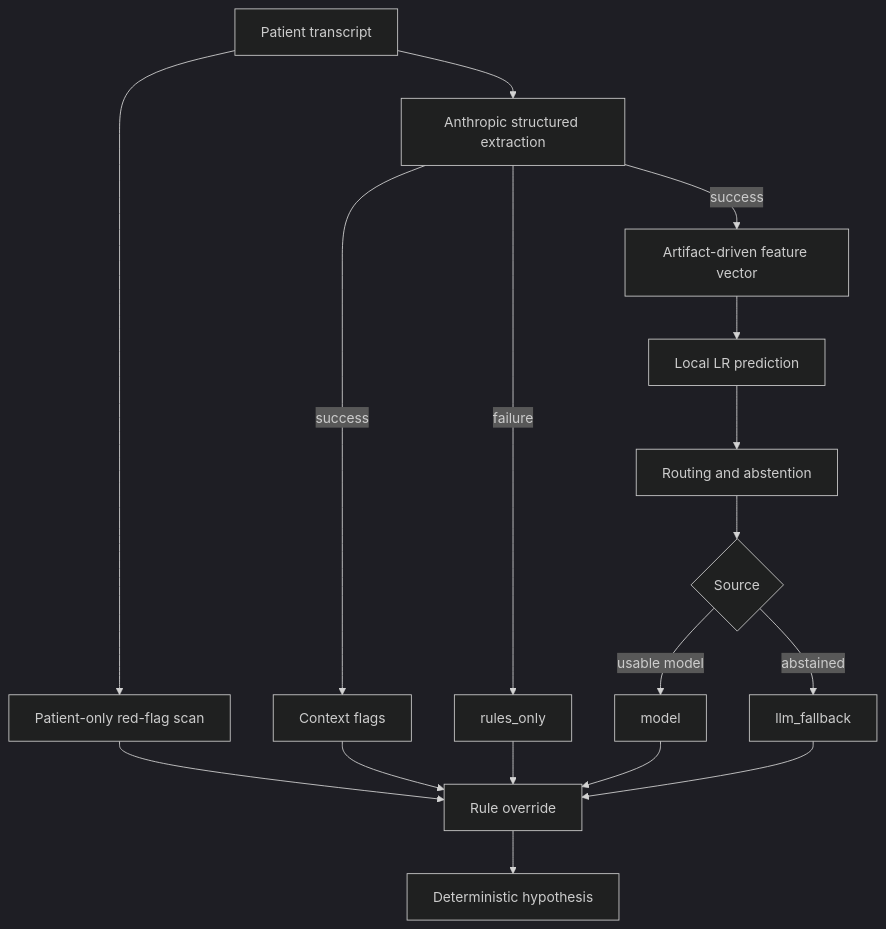
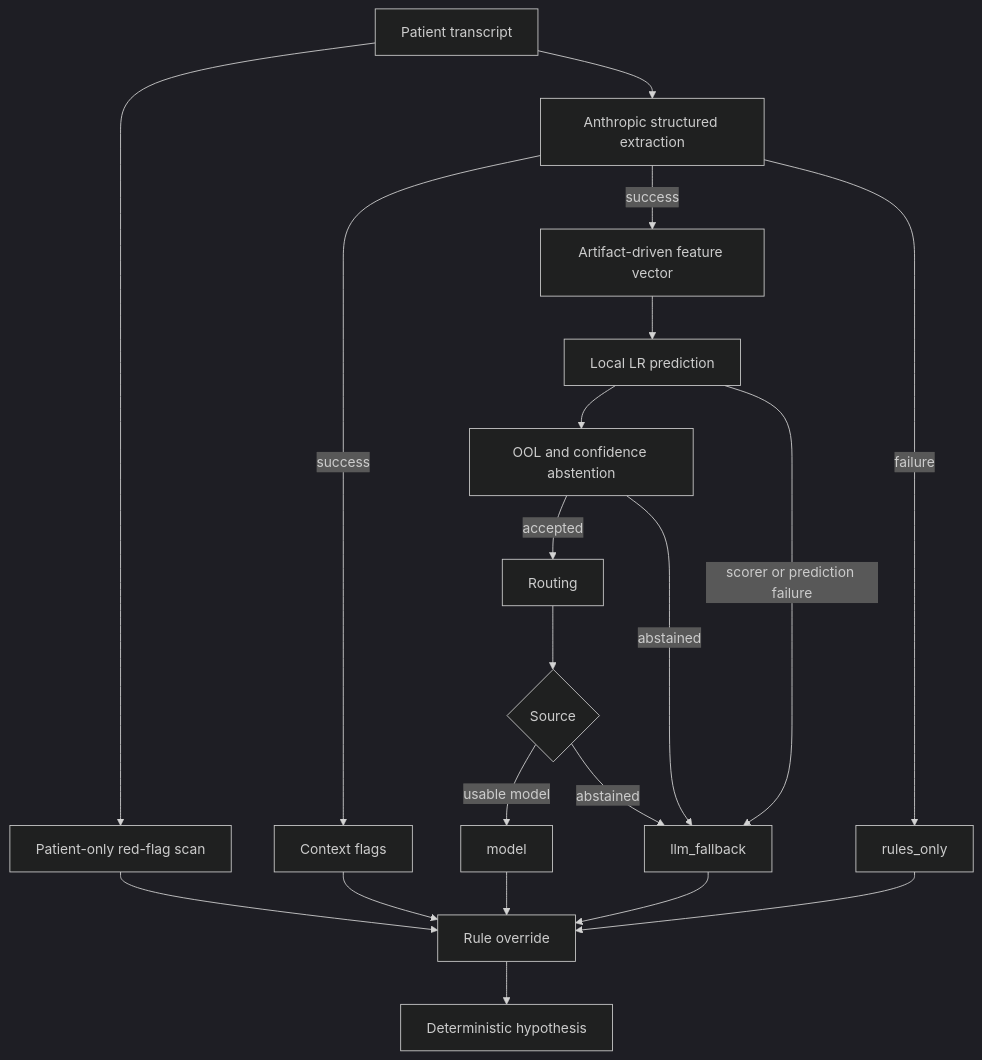
Before and after one commit to BAITC-Hacks/hack-eb79fd40-specimen-ai: the third of 3 diagrams in docs/architecture.md, drawn with Mermaid (dark theme). The commit also changed other lines of this file and 3 other files, not shown here.

````diff
--- a/docs/architecture.md
+++ b/docs/architecture.md
@@ -99,19 +99,22 @@
 ```mermaid
 flowchart TD
   X[Patient transcript] --> R[Patient-only red-flag scan]
   X --> E[Anthropic structured extraction]
   E -->|success| C[Context flags]
   E -->|success| V[Artifact-driven feature vector]
   V --> L[Local LR prediction]
-  L --> Q[Routing and abstention]
+  L --> A[OOL and confidence abstention]
+  A -->|accepted| Q[Routing]
+  A -->|abstained| SF[llm_fallback]
+  L -->|scorer or prediction failure| SF
   E -->|failure| O[rules_only]
   Q --> S{Source}
   S -->|usable model| SM[model]
   S -->|abstained| SF[llm_fallback]
   R --> U[Rule override]
   C --> U
   O --> U
   SM --> U
   SF --> U
   U --> H[Deterministic hypothesis]
 ```
````
